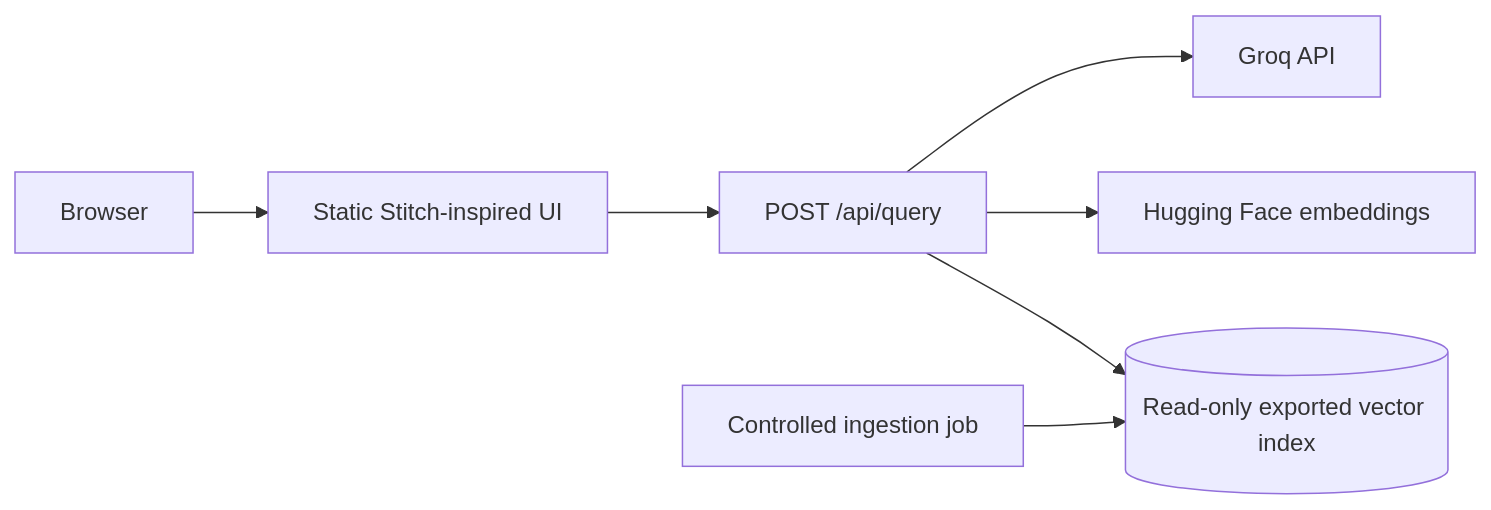
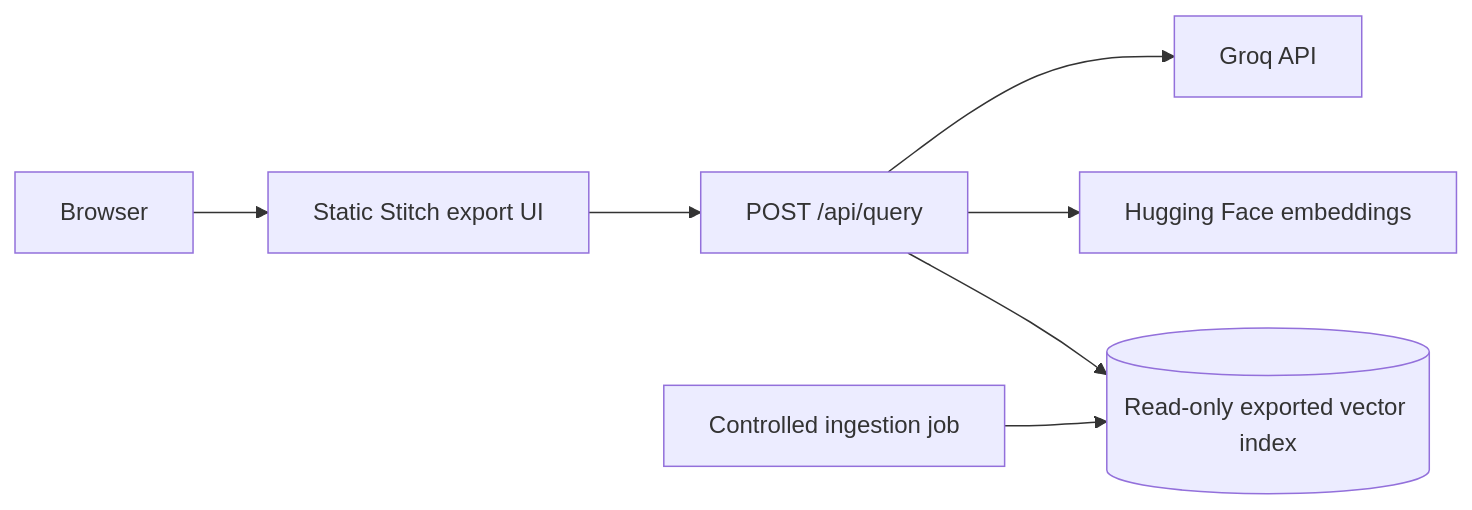
Before and after one commit to GaurangVaidya29/Grow-Chatbot: the fifth of 5 diagrams in architecture.md, drawn with Mermaid. The commit also changed other lines of this file and 6 other files, not shown here.

Commit message:
Use supplied Stitch export for Groww UI

````diff
--- a/architecture.md
+++ b/architecture.md
@@ -1000,9 +1000,9 @@
 ```mermaid
 flowchart LR
-    B[Browser] --> S[Static Stitch-inspired UI]
+    B[Browser] --> S[Static Stitch export UI]
     S --> A[POST /api/query]
     A --> V[(Read-only exported vector index)]
     A --> H[Hugging Face embeddings]
     A --> G[Groq API]
     J[Controlled ingestion job] --> V
 ```
````
